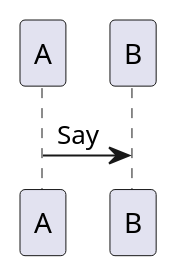
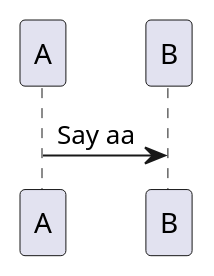
Before and after one commit to l2xin/DM: the diagram in Shaderlab/【ShaderLab学习】Blend Alpha 理解.md, drawn with PlantUML. The commit also changed 1 other file, not shown here.

````diff
--- a/Shaderlab/【ShaderLab学习】Blend Alpha 理解.md
+++ b/Shaderlab/【ShaderLab学习】Blend Alpha 理解.md
@@ -36,3 +36,3 @@
 ```puml
-A -> B : Say
+A -> B : Say aa
 ```
````
